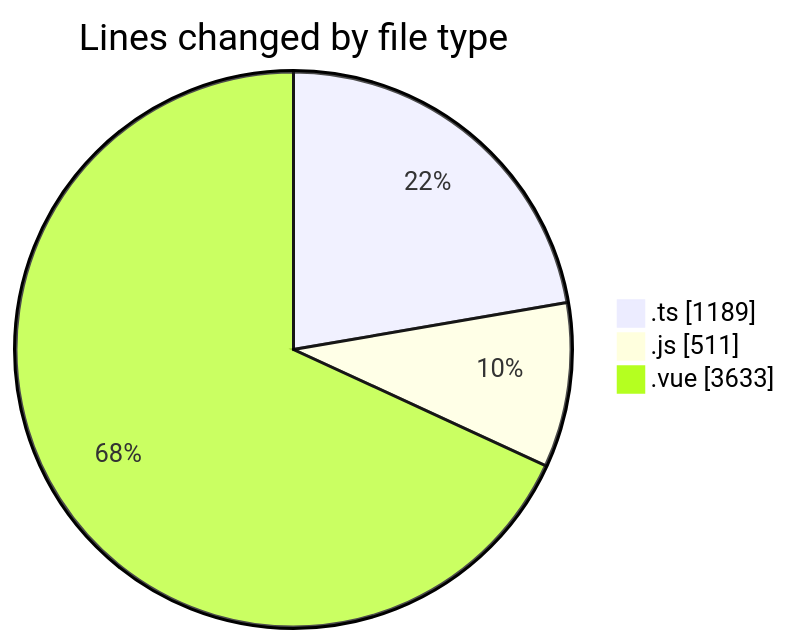
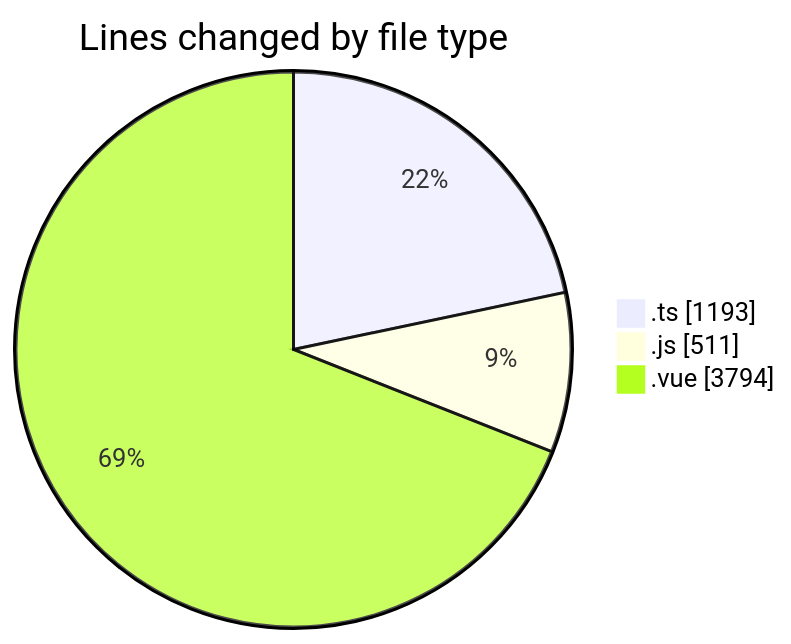
The first of 2 diagrams in 2025-08-16/rentotp/README.md (lephambinh05/code-tracking), drawn with Mermaid before and after one commit. The commit also changed other lines of this file and 1 other file, not shown here.

````diff
--- a/2025-08-16/rentotp/README.md
+++ b/2025-08-16/rentotp/README.md
@@ -36,7 +36,7 @@
 ```mermaid
 pie showData
 title Lines changed by file type
-".ts" : 1189
+".ts" : 1193
 ".js" : 511
-".vue" : 3633
+".vue" : 3794
 ```
````
